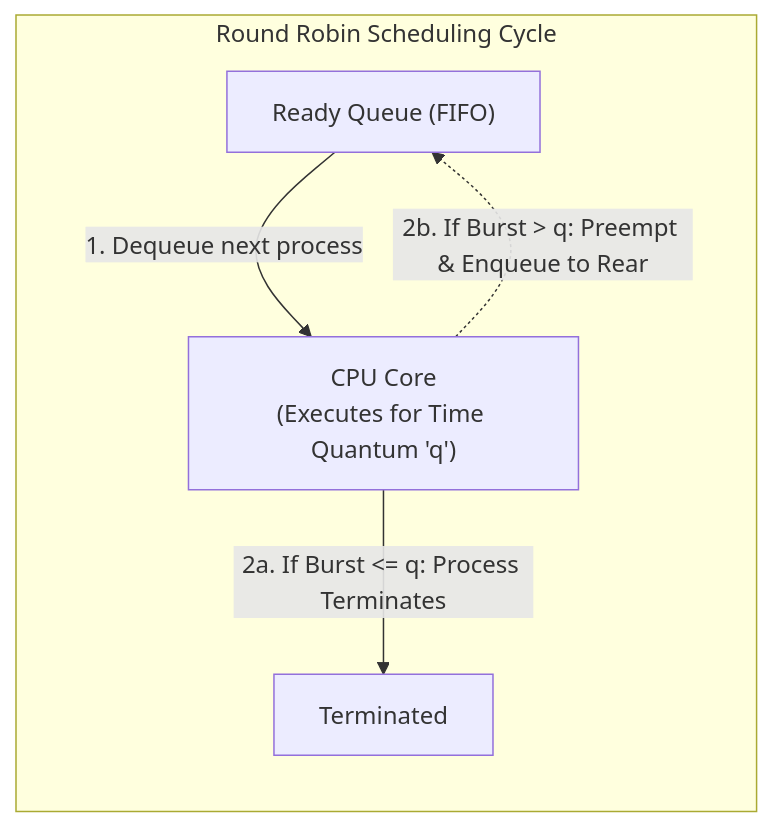
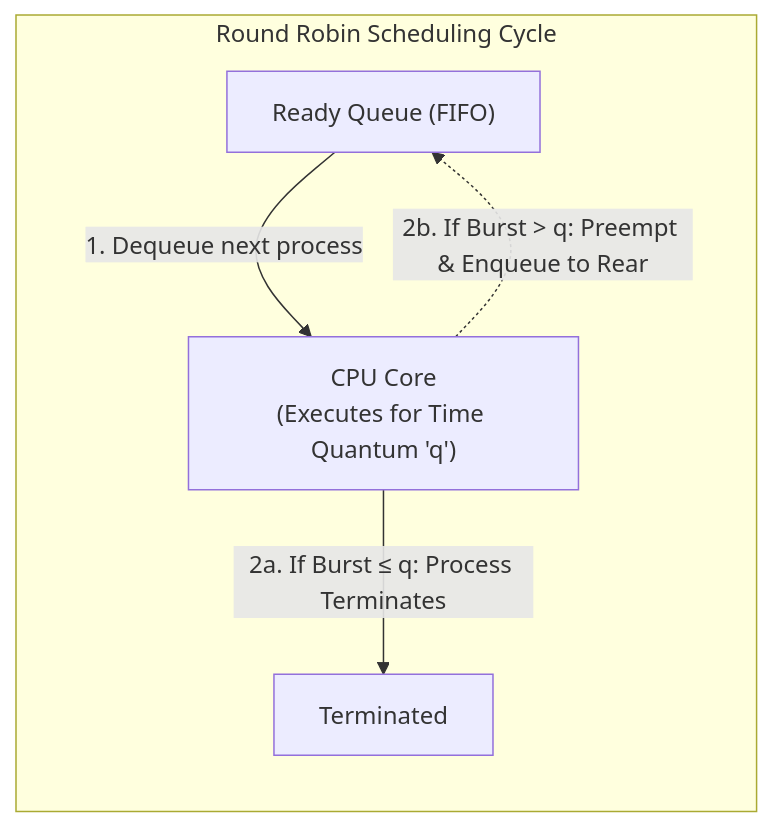
The first of 3 diagrams in DSA/Unit 2/L06 - Applications of Queues.md (YatishGowda09/Sem-3-CSE-Notes), drawn with Mermaid before and after one commit. The commit also changed 70 other files, not shown here.

First line of the commit message:
Fix Mermaid diagram syntax for GitHub rendering compatibility

````diff
--- a/DSA/Unit 2/L06 - Applications of Queues.md
+++ b/DSA/Unit 2/L06 - Applications of Queues.md
@@ -24,12 +24,12 @@
 ```mermaid
 flowchart TD
     subgraph RoundRobin["Round Robin Scheduling Cycle"]
         direction TB
         RQ["Ready Queue (FIFO)"]
-        CPU["CPU Core\n(Executes for Time Quantum 'q')"]
+        CPU["CPU Core<br/>(Executes for Time Quantum 'q')"]
 
         RQ -->|"1. Dequeue next process"| CPU
-        CPU -->|"2a. If Burst <= q: Process Terminates"| DONE["Terminated"]
-        CPU -.->|"2b. If Burst > q: Preempt & Enqueue to Rear"| RQ
+        CPU -->|"2a. If Burst &le; q: Process Terminates"| DONE["Terminated"]
+        CPU -.->|"2b. If Burst &gt; q: Preempt & Enqueue to Rear"| RQ
     end
 ```
````
